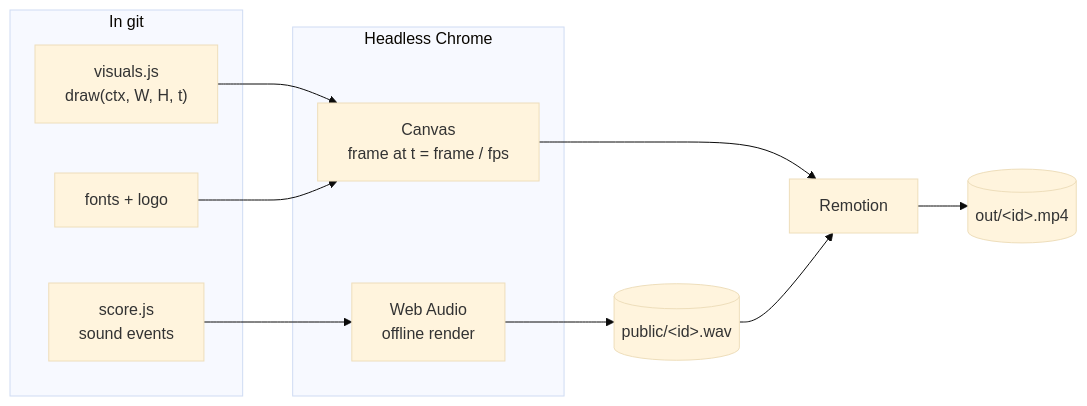
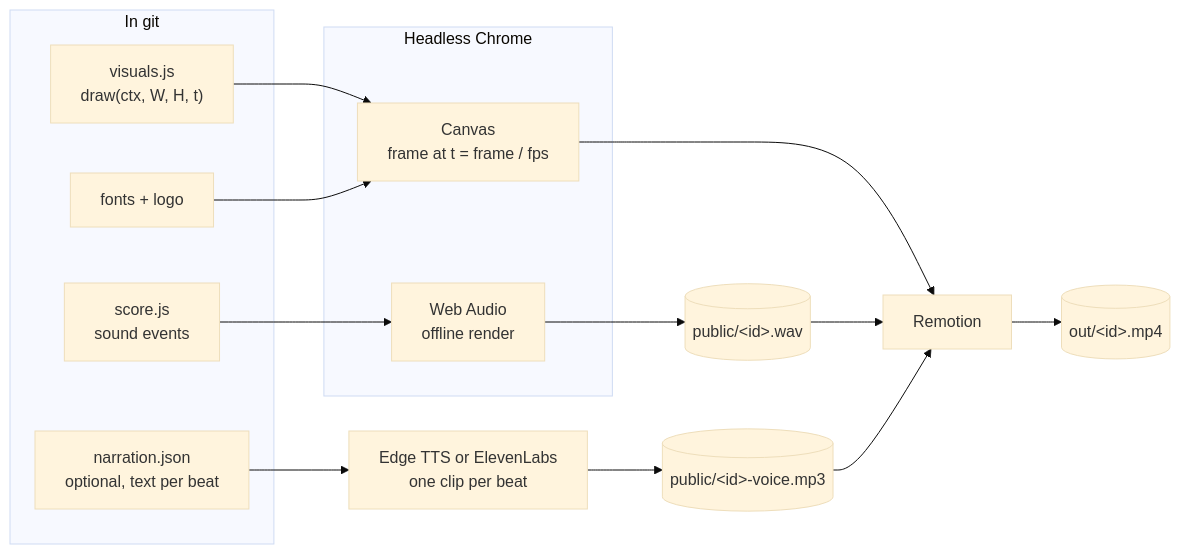
Before and after one commit to 3lVv0w/code-motion-skill: the second of 2 diagrams in README.md, drawn with Mermaid (base theme). The commit also changed other lines of this file and 14 other files, not shown here.

First line of the commit message:
Add voiceover narration support, per-video fps, Thai docs, and prompt library

````diff
--- a/README.md
+++ b/README.md
@@ -35,19 +37,23 @@
 ```mermaid
 flowchart LR
   subgraph code["In git"]
     visuals["visuals.js<br/>draw(ctx, W, H, t)"]
     score["score.js<br/>sound events"]
     assets["fonts + logo"]
+    narration["narration.json<br/>optional, text per beat"]
   end
   subgraph browser["Headless Chrome"]
     canvas["Canvas<br/>frame at t = frame / fps"]
     webaudio["Web Audio<br/>offline render"]
   end
   visuals --> canvas
   assets --> canvas
   score --> webaudio
   webaudio --> wav[("public/&lt;id&gt;.wav")]
+  narration --> tts["Edge TTS or ElevenLabs<br/>one clip per beat"]
+  tts --> voice[("public/&lt;id&gt;-voice.mp3")]
   canvas --> remotion["Remotion"]
   wav --> remotion
+  voice --> remotion
   remotion --> mp4[("out/&lt;id&gt;.mp4")]
 ```
````
